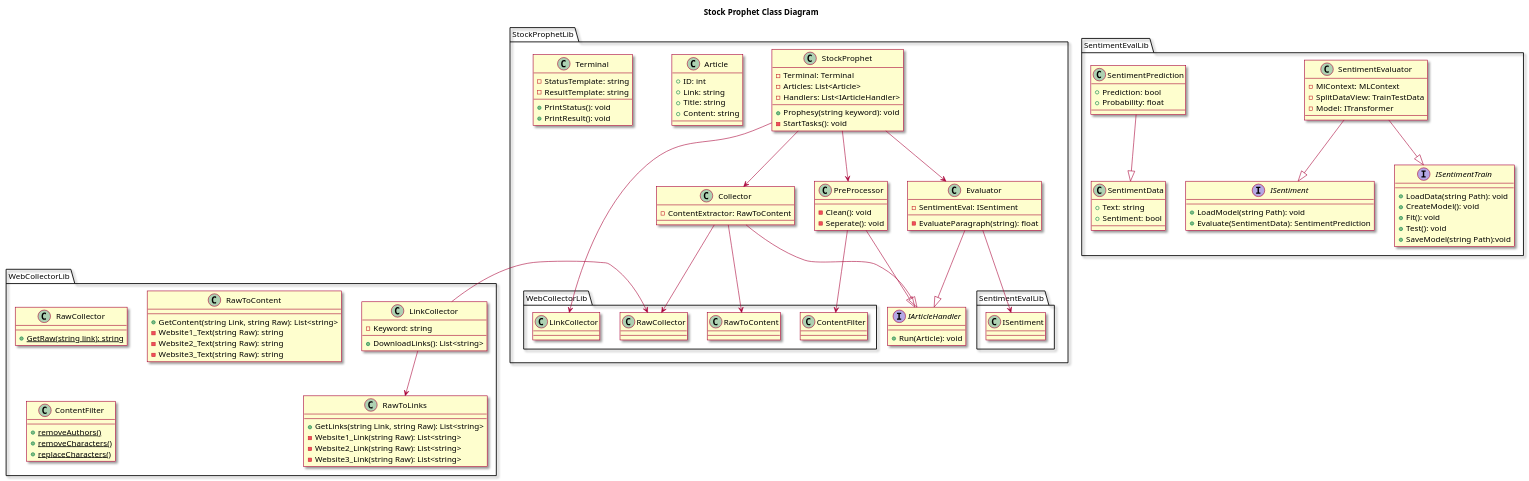
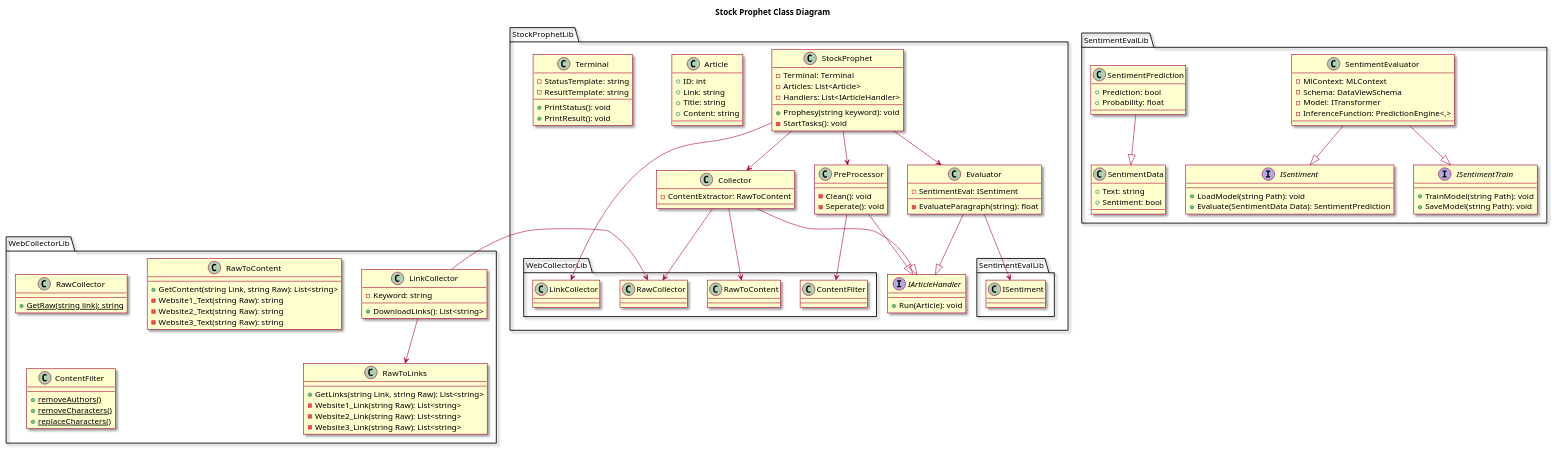
Before and after one commit to Ifi-Softwareentwicklung-SoSe2023/TUBAF_SE-Project_StockProphet: the diagram in doc/classDiagram.plantuml, drawn with PlantUML.

Commit message:
Update SentimentEvalLib in classDiagram.plantuml

```diff
--- a/doc/classDiagram.plantuml
+++ b/doc/classDiagram.plantuml
@@ -1,144 +1,142 @@
 @startuml Project Model Class Diagram
 
 skin rose
 
 title Stock Prophet Class Diagram
 
 
 package StockProphetLib {
 
     class StockProphet {
         -Terminal: Terminal
         -Articles: List<Article>
         -Handlers: List<IArticleHandler>
         +Prophesy(string keyword): void
         -StartTasks(): void
     }
     StockProphet --> WebCollectorLib.LinkCollector
     StockProphet --> Collector
     StockProphet --> PreProcessor
     StockProphet --> Evaluator
     
 
     interface IArticleHandler {
         +Run(Article): void
     }
 
 
     class Collector {
         -ContentExtractor: RawToContent
     }
     Collector --|> IArticleHandler
     Collector --> WebCollectorLib.RawCollector
     Collector --> WebCollectorLib.RawToContent
     
 
     class PreProcessor {
         -Clean(): void
         -Seperate(): void
     }
     PreProcessor --|> IArticleHandler
     PreProcessor --> WebCollectorLib.ContentFilter
 
 
     class Evaluator {
         -SentimentEval: ISentiment
         -EvaluateParagraph(string): float
     }
     Evaluator --|> IArticleHandler
     Evaluator --> SentimentEvalLib.ISentiment
 
 
     class Article {
         +ID: int
         +Link: string
         +Title: string
         +Content: string
     }
 
 
     class Terminal {
         -StatusTemplate: string
         +PrintStatus(): void
         -ResultTemplate: string
         +PrintResult(): void
     }
 }
 
 
 package WebCollectorLib 
 {
     class LinkCollector {
         -Keyword: string
         +DownloadLinks(): List<string>
     }
     LinkCollector -down-> RawToLinks
     LinkCollector -right-> RawCollector
 
 
     class RawCollector {
         {static} +GetRaw(string link): string
     }
 
 
     class RawToLinks {
         +GetLinks(string Link, string Raw): List<string>
         -Website1_Link(string Raw): List<string>
         -Website2_Link(string Raw): List<string>
         -Website3_Link(string Raw): List<string>
     }
    
 
     class RawToContent {
         +GetContent(string Link, string Raw): List<string>
         -Website1_Text(string Raw): string
         -Website2_Text(string Raw): string
         -Website3_Text(string Raw): string
     }
 
 
     class ContentFilter {
         {static} +removeAuthors()
         {static} +removeCharacters()
         {static} +replaceCharacters()
     }
 }
 
 
 package SentimentEvalLib 
 {
     interface ISentiment {
         +LoadModel(string Path): void
-        +Evaluate(SentimentData): SentimentPrediction
+        +Evaluate(SentimentData Data): SentimentPrediction
     }
 
     interface ISentimentTrain {
-        +LoadData(string Path): void
-        +CreateModel(): void
-        +Fit(): void
-        +Test(): void
-        +SaveModel(string Path):void
+        +TrainModel(string Path): void
+        +SaveModel(string Path): void
     }
     
     class SentimentEvaluator {
         -MlContext: MLContext
-        -SplitDataView: TrainTestData
+        -Schema: DataViewSchema
         -Model: ITransformer
+        -InferenceFunction: PredictionEngine<,>
     }
     SentimentEvaluator --|> ISentiment
     SentimentEvaluator --|> ISentimentTrain
 
     class SentimentData {
         +Text: string
         +Sentiment: bool
     }
 
     class SentimentPrediction {
         +Prediction: bool
         +Probability: float
     }
     SentimentPrediction --|> SentimentData
 }
 
 
 @enduml
```
